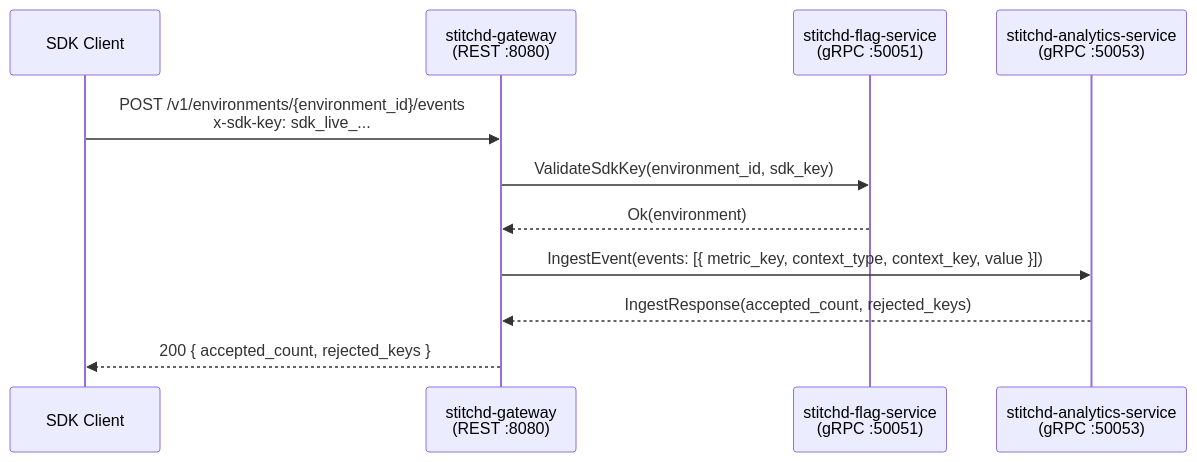
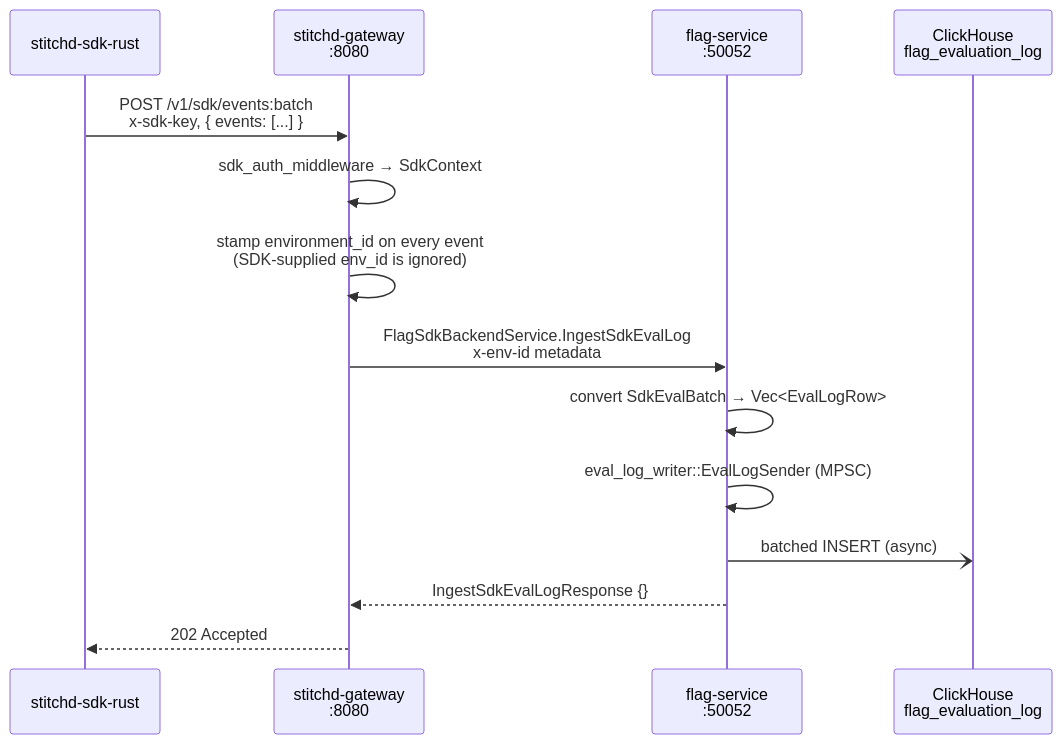
The third of 10 diagrams in docs/src/architecture/service-flows.md (stitchd-dev/feature-flag), drawn with Mermaid before and after one commit. The commit also changed other lines of this file and 24 other files, not shown here.

````diff
--- a/docs/src/architecture/service-flows.md
+++ b/docs/src/architecture/service-flows.md
@@ -35,16 +93,17 @@
 ```mermaid
 sequenceDiagram
-    participant SDK as SDK Client
-    participant GW as stitchd-gateway<br/>(REST :8080)
-    participant FS as stitchd-flag-service<br/>(gRPC :50051)
-    participant ANS as stitchd-analytics-service<br/>(gRPC :50053)
+    participant SDK as stitchd-sdk-rust
+    participant GW as stitchd-gateway<br/>:8080
+    participant FLAG as flag-service<br/>:50052
+    participant CH as ClickHouse<br/>flag_evaluation_log
 
-    SDK->>GW: POST /v1/environments/{environment_id}/events<br/>x-sdk-key: sdk_live_...
-    GW->>FS: ValidateSdkKey(environment_id, sdk_key)
-    FS-->>GW: Ok(environment)
-
-    GW->>ANS: IngestEvent(events: [{ metric_key, context_type, context_key, value }])
-    ANS-->>GW: IngestResponse(accepted_count, rejected_keys)
-
-    GW-->>SDK: 200 { accepted_count, rejected_keys }
+    SDK->>GW: POST /v1/sdk/events:batch<br/>x-sdk-key, { events: [...] }
+    GW->>GW: sdk_auth_middleware → SdkContext
+    GW->>GW: stamp environment_id on every event<br/>(SDK-supplied env_id is ignored)
+    GW->>FLAG: FlagSdkBackendService.IngestSdkEvalLog<br/>x-env-id metadata
+    FLAG->>FLAG: convert SdkEvalBatch → Vec<EvalLogRow>
+    FLAG->>FLAG: eval_log_writer::EvalLogSender (MPSC)
+    FLAG-)CH: batched INSERT (async)
+    FLAG-->>GW: IngestSdkEvalLogResponse {}
+    GW-->>SDK: 202 Accepted
 ```
````
